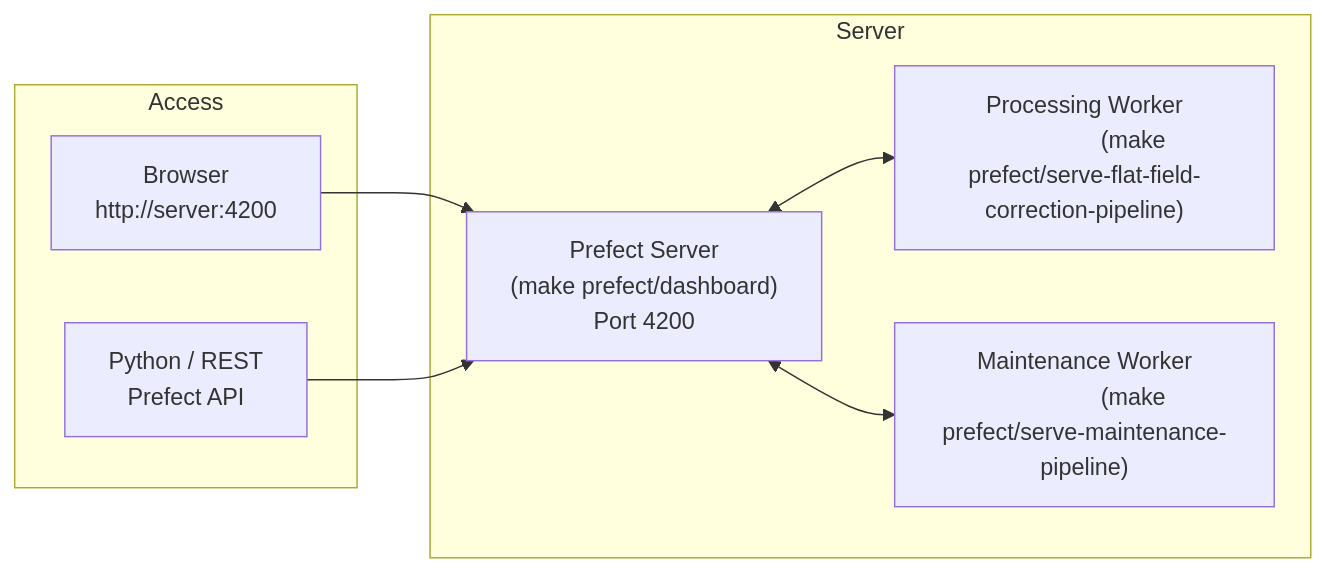
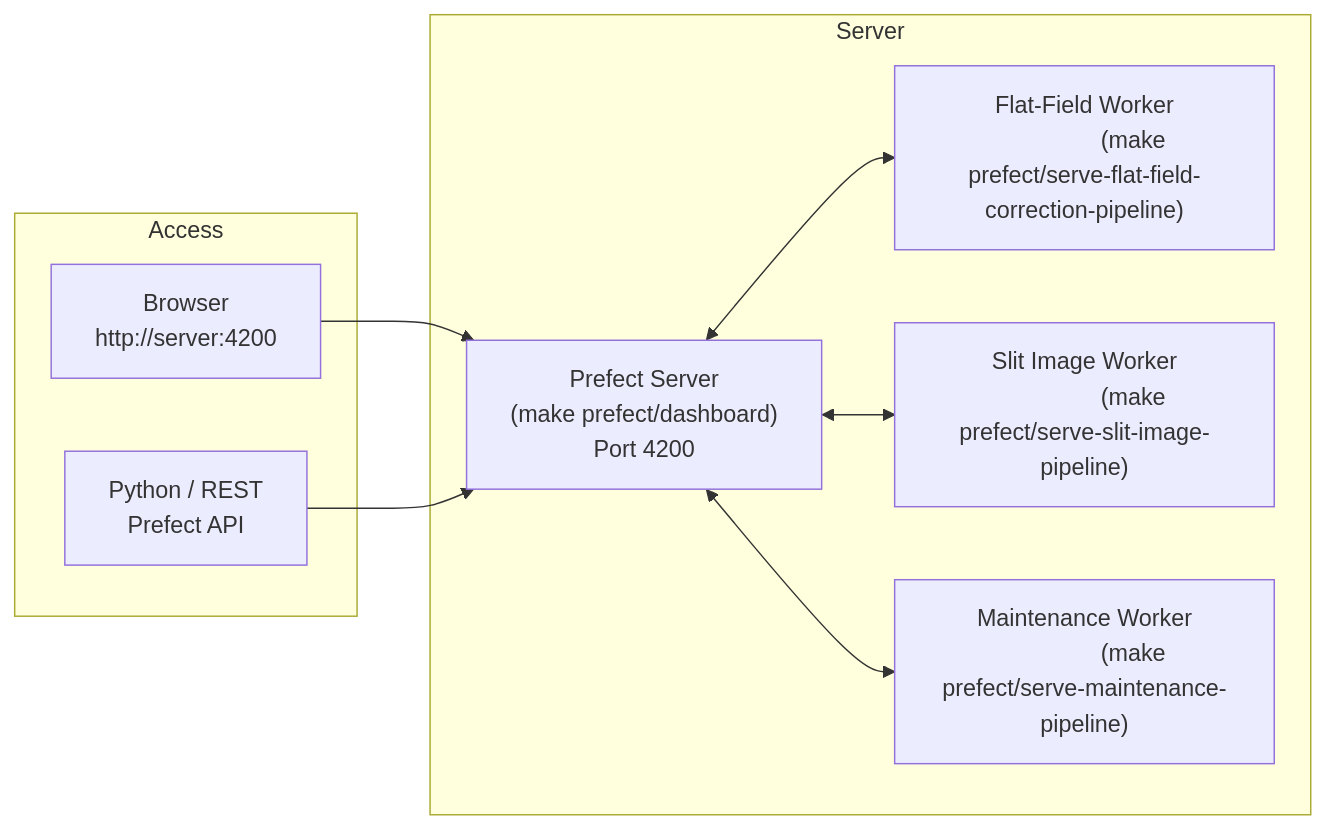
Before and after one commit to cdeldon/irsol-data-pipeline: the fifth of 5 diagrams in README.md, drawn with Mermaid. The commit also changed other lines of this file and 22 other files, not shown here.

First line of the commit message:
Feature/image generation pipeline (#4)

````diff
--- a/README.md
+++ b/README.md
@@ -586,24 +808,27 @@
 ```mermaid
 graph LR
     subgraph server["Server"]
         PF["Prefect Server
 		(make prefect/dashboard)
 		Port 4200"]
-        WK1["Processing Worker
+        WK1["Flat-Field Worker
 		(make prefect/serve-flat-field-correction-pipeline)"]
-        WK2["Maintenance Worker
+        WK2["Slit Image Worker
+		(make prefect/serve-slit-image-pipeline)"]
+        WK3["Maintenance Worker
 		(make prefect/serve-maintenance-pipeline)"]
     end
 
     subgraph clients["Access"]
         UI["Browser
 		http://server:4200"]
         API["Python / REST
 		Prefect API"]
     end
 
     PF <--> WK1
     PF <--> WK2
+    PF <--> WK3
     UI --> PF
     API --> PF
 ```
````
